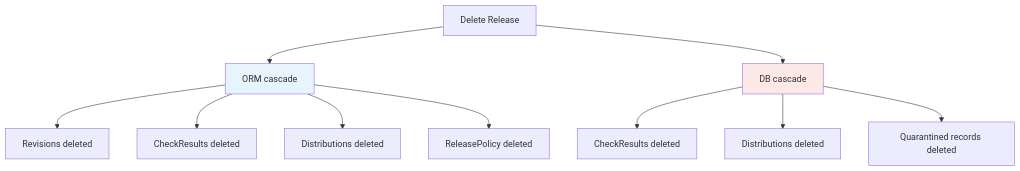
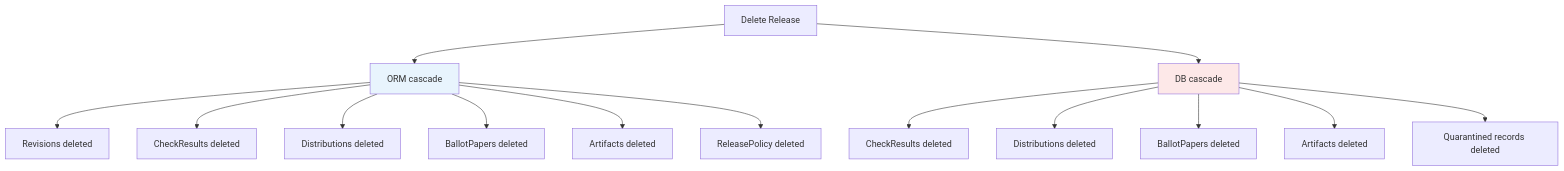
Before and after one commit to apache/tooling-trusted-releases: the second of 3 diagrams in atr/docs/database.md, drawn with Mermaid. The commit also changed other lines of this file, not shown here.

````diff
--- a/atr/docs/database.md
+++ b/atr/docs/database.md
@@ -106,17 +122,21 @@
 ```mermaid
 flowchart TD
     A["Delete Release"] --> B["ORM cascade"]
     A --> C["DB cascade"]
 
     B --> B1["Revisions deleted"]
     B --> B2["CheckResults deleted"]
     B --> B3["Distributions deleted"]
-    B --> B4["ReleasePolicy deleted"]
+    B --> B4["BallotPapers deleted"]
+    B --> B5["Artifacts deleted"]
+    B --> B6["ReleasePolicy deleted"]
 
     C --> C1["CheckResults deleted"]
     C --> C2["Distributions deleted"]
-    C --> C3["Quarantined records deleted"]
+    C --> C3["BallotPapers deleted"]
+    C --> C4["Artifacts deleted"]
+    C --> C5["Quarantined records deleted"]
 
     style B fill:#e8f4fd
     style C fill:#fde8e8
 ```
````
